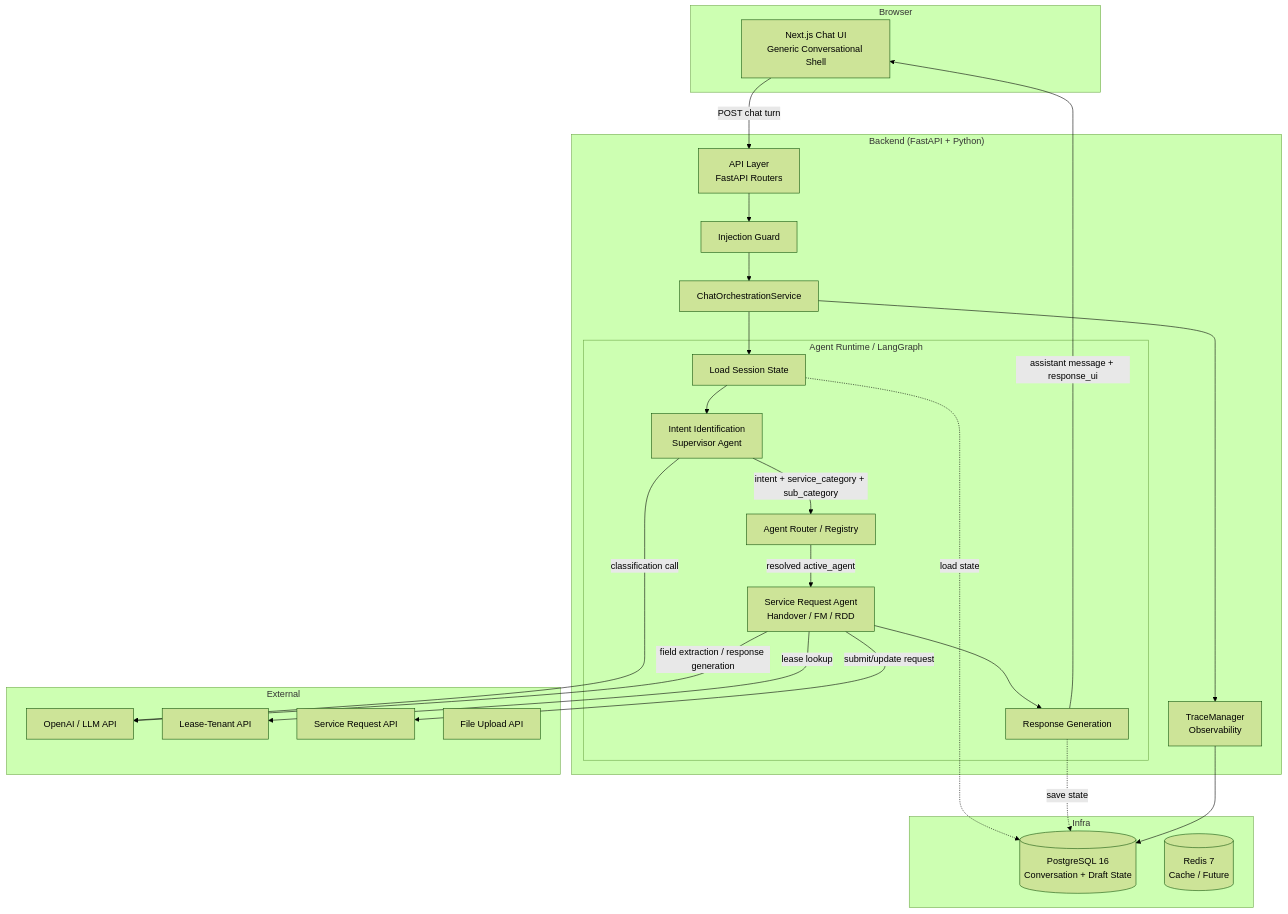
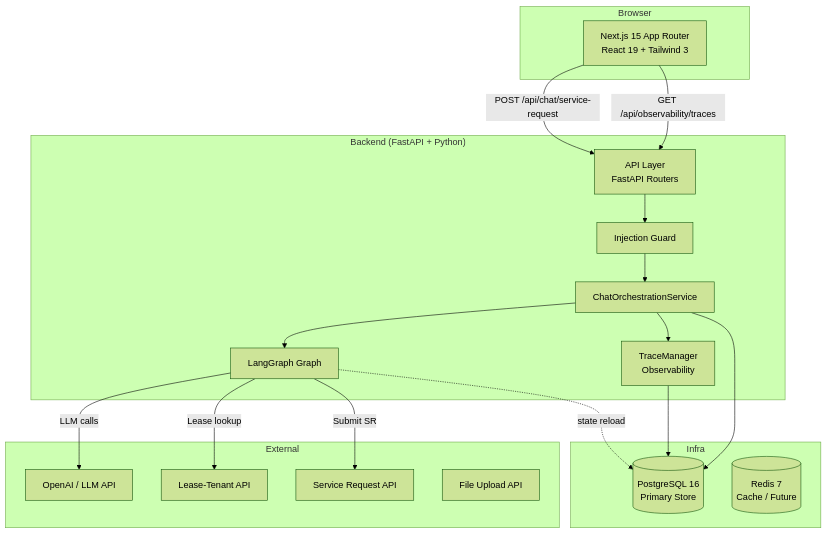
The first of 6 diagrams in service-request-chatbot/docs/architecture.md (swa01wk/cenomi-api-v2), drawn with Mermaid (forest theme) before and after one commit. The commit also changed other lines of this file and 33 other files, not shown here.

````diff
--- a/service-request-chatbot/docs/architecture.md
+++ b/service-request-chatbot/docs/architecture.md
@@ -7,54 +7,39 @@
 ```mermaid
 graph TB
     subgraph Browser
-        FE[Next.js Chat UI<br/>Generic Conversational Shell]
+        FE[Next.js 15 App Router<br/>React 19 + Tailwind 3]
     end
 
     subgraph Backend["Backend (FastAPI + Python)"]
         API[API Layer<br/>FastAPI Routers]
+        ORCH[ChatOrchestrationService]
         GUARD[Injection Guard]
-        ORCH[ChatOrchestrationService]
-
-        subgraph Runtime["Agent Runtime / LangGraph"]
-            LOAD[Load Session State]
-            INTENT[Intent Identification<br/>Supervisor Agent]
-            ROUTER[Agent Router / Registry]
-            SR_AGENT[Service Request Agent<br/>Handover / FM / RDD]
-            RESP[Response Generation]
-        end
-
+        GRAPH[LangGraph Graph]
         OBS[TraceManager<br/>Observability]
     end
 
     subgraph Infra
-        PG[(PostgreSQL 16<br/>Conversation + Draft State)]
+        PG[(PostgreSQL 16<br/>Primary Store)]
         REDIS[(Redis 7<br/>Cache / Future)]
     end
 
     subgraph External
         LLM[OpenAI / LLM API]
         LEASE[Lease-Tenant API]
         SR[Service Request API]
         UPLOAD[File Upload API]
     end
 
-    FE -->|POST chat turn| API
+    FE -->|POST /api/chat/service-request| API
+    FE -->|GET /api/observability/traces| API
     API --> GUARD
     GUARD --> ORCH
-    ORCH --> LOAD
-    LOAD --> INTENT
-    INTENT -->|intent + service_category + sub_category| ROUTER
-    ROUTER -->|resolved active_agent| SR_AGENT
-    SR_AGENT --> RESP
-    RESP -->|assistant message + response_ui| FE
-
-    INTENT -->|classification call| LLM
-    SR_AGENT -->|field extraction / response generation| LLM
-    SR_AGENT -->|lease lookup| LEASE
-    SR_AGENT -->|submit/update request| SR
-
-    LOAD -.->|load state| PG
-    RESP -.->|save state| PG
+    ORCH --> GRAPH
+    GRAPH -->|LLM calls| LLM
+    GRAPH -->|Lease lookup| LEASE
+    GRAPH -->|Submit SR| SR
     ORCH --> OBS
     OBS --> PG
+    ORCH --> PG
+    GRAPH -.->|state reload| PG
 ```
````
